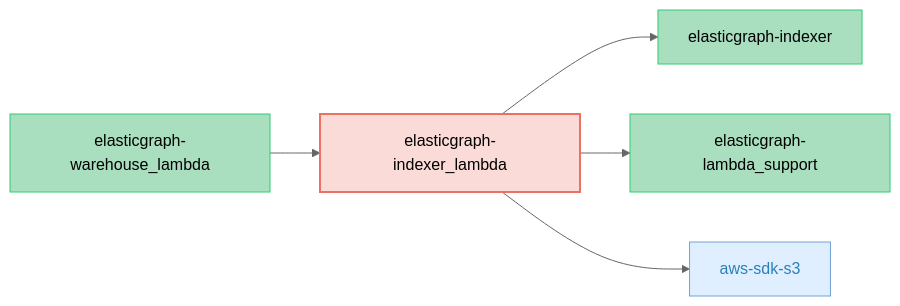
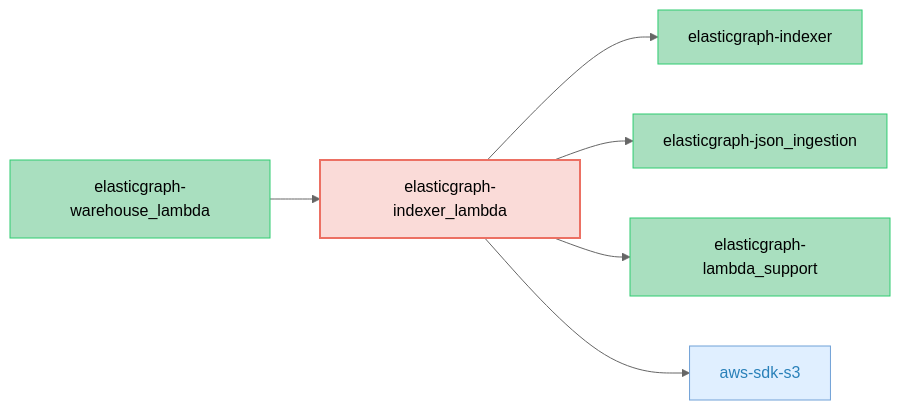
Before and after one commit to block/elasticgraph: the diagram in elasticgraph-indexer_lambda/README.md, drawn with Mermaid (neutral theme). The commit also changed other lines of this file and 23 other files, not shown here.

First line of the commit message:
Add a JSON-aware indexer wrapper (#1220)

````diff
--- a/elasticgraph-indexer_lambda/README.md
+++ b/elasticgraph-indexer_lambda/README.md
@@ -7,21 +7,24 @@
 ```mermaid
 graph LR;
     classDef targetGemStyle fill:#FADBD8,stroke:#EC7063,color:#000,stroke-width:2px;
     classDef otherEgGemStyle fill:#A9DFBF,stroke:#2ECC71,color:#000;
     classDef externalGemStyle fill:#E0EFFF,stroke:#70A1D7,color:#2980B9;
     elasticgraph-indexer_lambda["elasticgraph-indexer_lambda"];
     class elasticgraph-indexer_lambda targetGemStyle;
     elasticgraph-indexer["elasticgraph-indexer"];
     elasticgraph-indexer_lambda --> elasticgraph-indexer;
     class elasticgraph-indexer otherEgGemStyle;
+    elasticgraph-json_ingestion["elasticgraph-json_ingestion"];
+    elasticgraph-indexer_lambda --> elasticgraph-json_ingestion;
+    class elasticgraph-json_ingestion otherEgGemStyle;
     elasticgraph-lambda_support["elasticgraph-lambda_support"];
     elasticgraph-indexer_lambda --> elasticgraph-lambda_support;
     class elasticgraph-lambda_support otherEgGemStyle;
     aws-sdk-s3["aws-sdk-s3"];
     elasticgraph-indexer_lambda --> aws-sdk-s3;
     class aws-sdk-s3 externalGemStyle;
     elasticgraph-warehouse_lambda["elasticgraph-warehouse_lambda"];
     elasticgraph-warehouse_lambda --> elasticgraph-indexer_lambda;
     class elasticgraph-warehouse_lambda otherEgGemStyle;
     click aws-sdk-s3 href "https://rubygems.org/gems/aws-sdk-s3" "Open on RubyGems.org" _blank;
 ```
````
